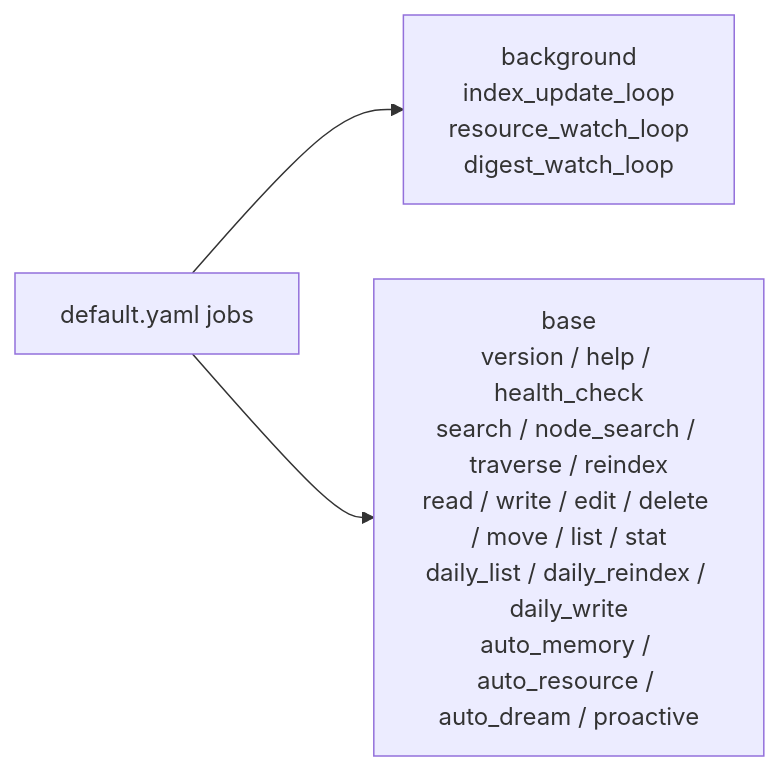
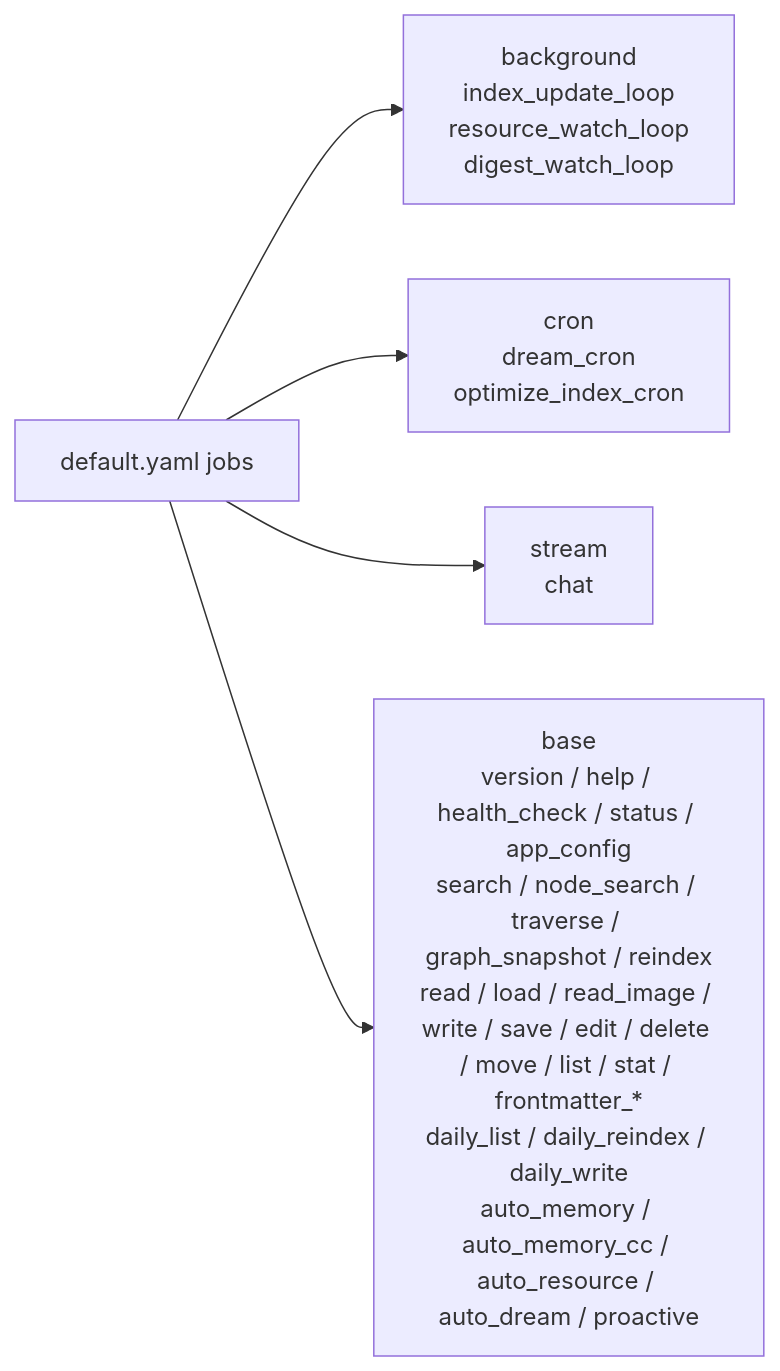
The tenth of 13 diagrams in docs/zh/framework.md (agentscope-ai/ReMe), drawn with Mermaid before and after one commit. The commit also changed other lines of this file and 49 other files, not shown here.

````diff
--- a/docs/zh/framework.md
+++ b/docs/zh/framework.md
@@ -376,5 +383,7 @@
 ```mermaid
 flowchart LR
     Jobs["default.yaml jobs"] --> BG["background<br/>index_update_loop<br/>resource_watch_loop<br/>digest_watch_loop"]
-    Jobs --> Base["base<br/>version / help / health_check<br/>search / node_search / traverse / reindex<br/>read / write / edit / delete / move / list / stat<br/>daily_list / daily_reindex / daily_write<br/>auto_memory / auto_resource / auto_dream / proactive"]
+    Jobs --> Cron["cron<br/>dream_cron<br/>optimize_index_cron"]
+    Jobs --> Stream["stream<br/>chat"]
+    Jobs --> Base["base<br/>version / help / health_check / status / app_config<br/>search / node_search / traverse / graph_snapshot / reindex<br/>read / load / read_image / write / save / edit / delete / move / list / stat / frontmatter_*<br/>daily_list / daily_reindex / daily_write<br/>auto_memory / auto_memory_cc / auto_resource / auto_dream / proactive"]
 ```
````
